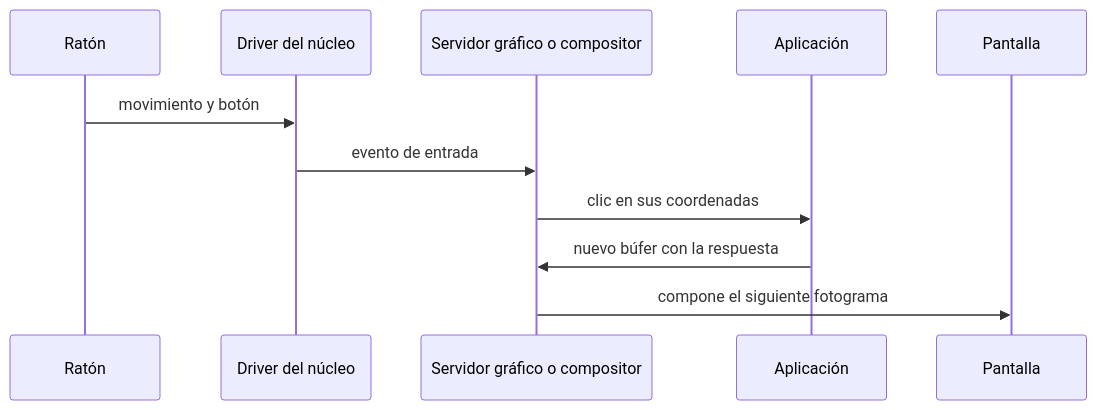
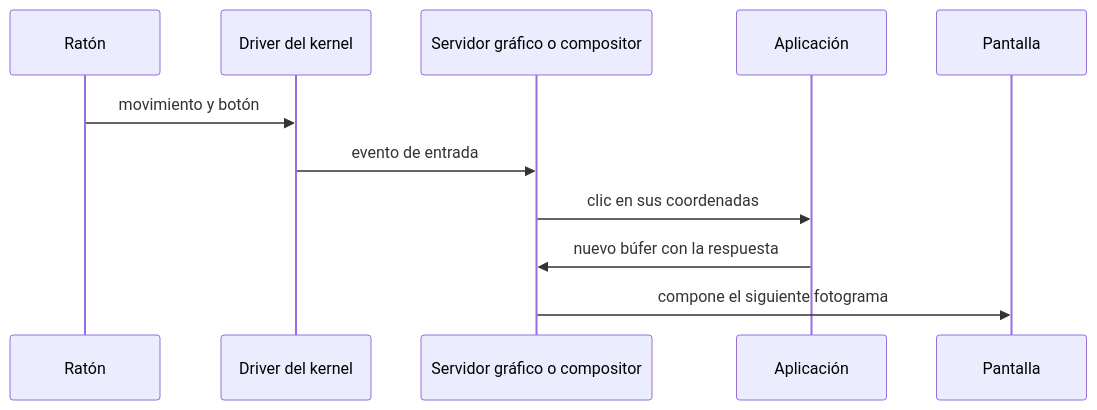
One commit to asiermarzo/ssoo changed the first of 2 diagrams in TEORIA/13-gui/README.md. Above: the diagram before and after it, drawn with Mermaid. The commit also changed other lines of this file and 18 other files, not shown here.

````diff
--- a/TEORIA/13-gui/README.md
+++ b/TEORIA/13-gui/README.md
@@ -38,13 +38,13 @@
 ```mermaid
 sequenceDiagram
     participant M as Ratón
-    participant K as Driver del núcleo
+    participant K as Driver del kernel
     participant C as Servidor gráfico o compositor
     participant A as Aplicación
     participant P as Pantalla
     M->>K: movimiento y botón
     K->>C: evento de entrada
     C->>A: clic en sus coordenadas
     A->>C: nuevo búfer con la respuesta
     C->>P: compone el siguiente fotograma
 ```
````
